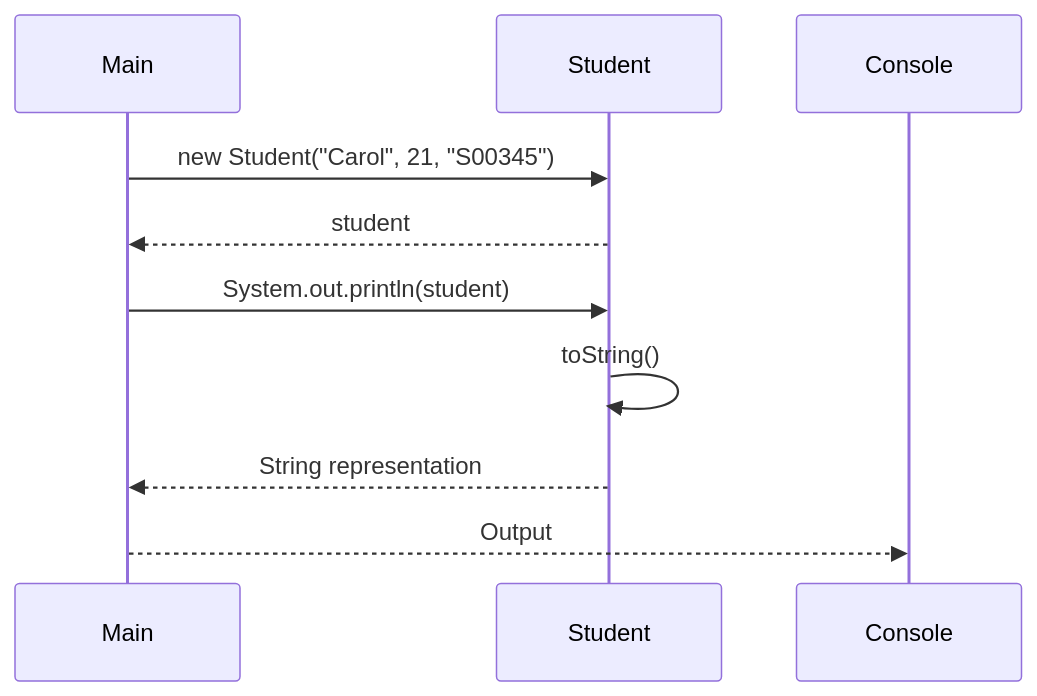
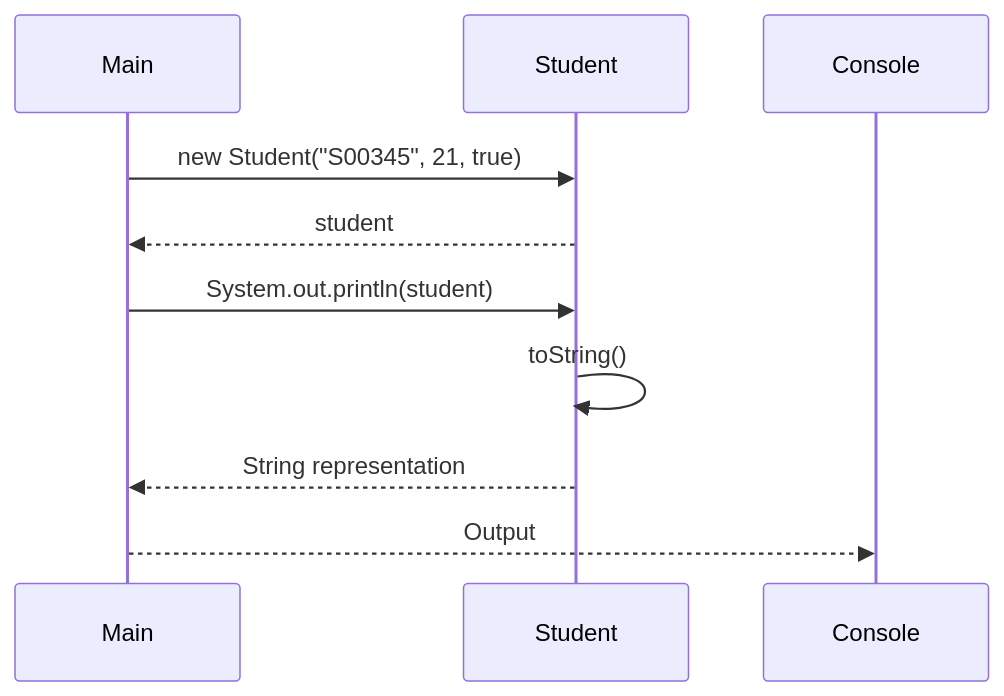
The seventh of 7 diagrams in README.md (DanielCreggOrganization/w5-lab-classes-objects-danielcregg), drawn with Mermaid before and after one commit. The commit also changed other lines of this file, not shown here.

````diff
--- a/README.md
+++ b/README.md
@@ -535,11 +540,11 @@
 ```mermaid
 sequenceDiagram
     participant Main
     participant Student
-    Main->>Student: new Student("Carol", 21, "S00345")
+    Main->>Student: new Student("S00345", 21, true)
     Student-->>Main: student
     Main->>Student: System.out.println(student)
     Student->>Student: toString()
     Student-->>Main: String representation
     Main-->>Console: Output
 ```
````
